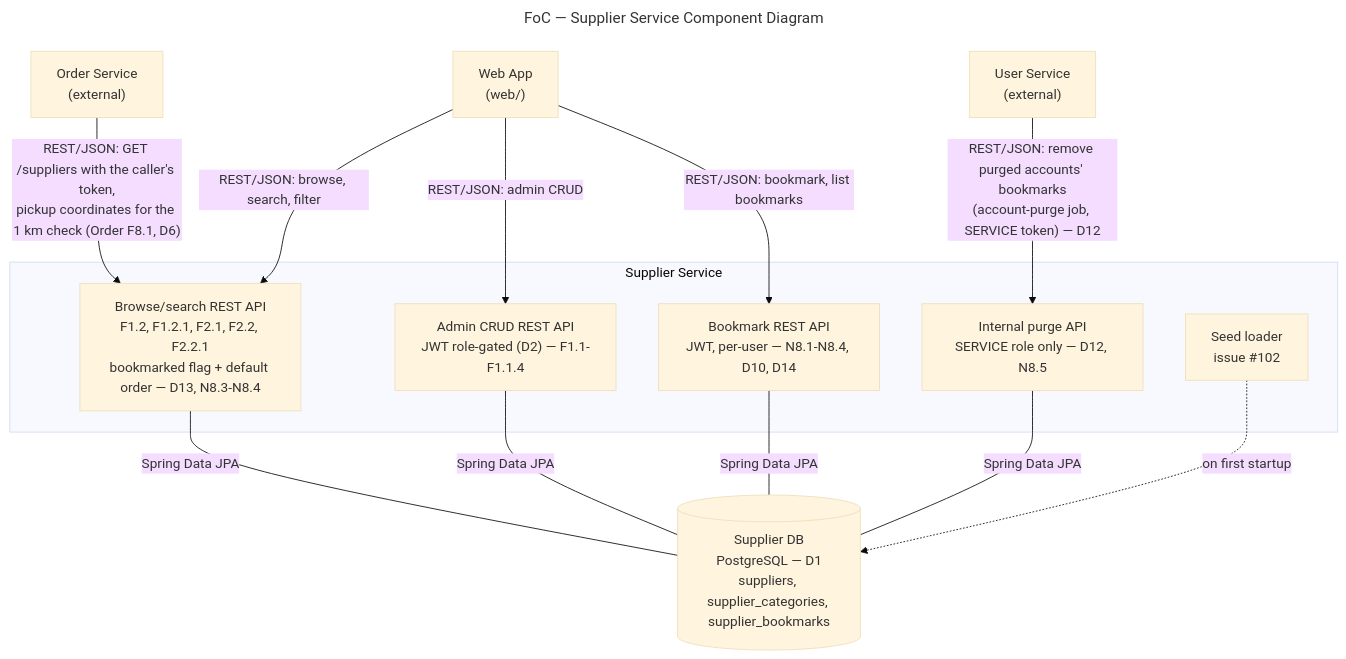
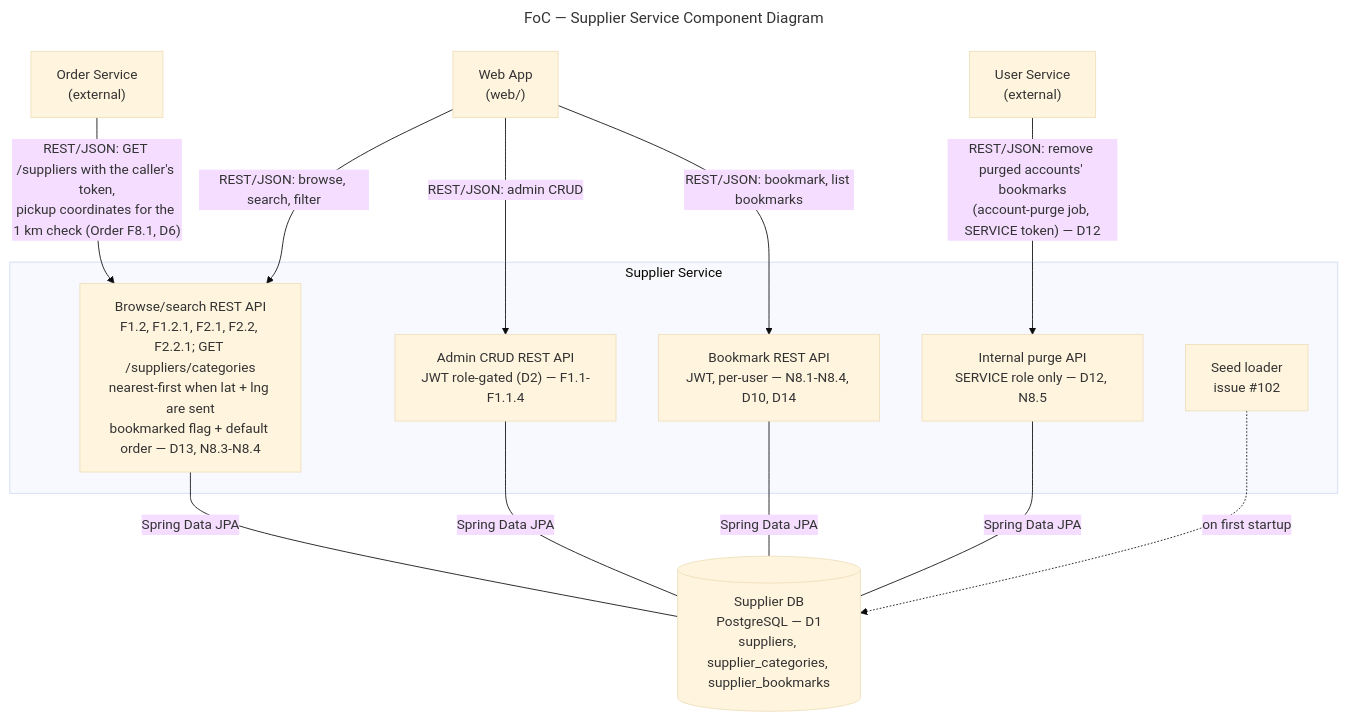
The diagram in docs/supplier-service.mmd (AY2627S1-CS3219-P23/foc), drawn with Mermaid (base theme) before and after one commit. The commit also changed 2 other files, not shown here.

Commit message:
docs(supplier): show GET /suppliers/categories and lat/lng nearest-first on the browse API (#326)

```diff
--- a/docs/supplier-service.mmd
+++ b/docs/supplier-service.mmd
@@ -1,49 +1,51 @@
 ---
 title: "FoC — Supplier Service Component Diagram"
 ---
 %% AI-assisted (CS3219 AI Usage Policy disclosure):
 %% Tool: Claude, 2026-09-21; revised 2026-09-27 (Claude Code, Sonnet 5).
 %% Scope: Companion diagram to supplier-service.md, drafted from the
 %% team's finalized D1 backlog. Same status as the doc: proposals
 %% pending owner/team review (see supplier-service.md, D1-D8).
 %% 2026-09-27: dropped "zones" from the Supplier DB label — team
 %% decision to drop the zone feature (see supplier-service.md, D4).
 %% 2026-10-19 (Claude Code, Sonnet 5.5): bookmark API and table added
 %% for N8 (see supplier-service.md, D9-D12). Transcription only.
 %% 2026-10-19: browse/search API label gains the bookmarked flag and
 %% default order (D13). Transcription only.
 %% 2026-10-26 (Claude Code, Sonnet 5.5): internal purge API and the User
 %% Service's call to it added (D12); table name in the DB label.
 %% Transcription only.
 %% 2026-11-10 (Claude Code, Sonnet 5.5), issue #326: the internal
 %% validation/lookup API box removed - no such endpoint exists; order-
 %% service reads pickup coordinates from the existing GET /suppliers
 %% (PR #322, Order F8.1), so the Order Service arrow now points at the
 %% browse/search API. Transcription only.
+%% 2026-11-10, issue #326: browse/search node gains GET /suppliers/categories
+%% and the optional lat/lng nearest-first sort (as built). Transcription only.
 %% Reviewed by: XXX
 flowchart TB
     WEB["Web App<br/>(web/)"]
     ORDER_SVC["Order Service<br/>(external)"]
     USER_SVC["User Service<br/>(external)"]
 
     subgraph SUP["Supplier Service"]
-        API["Browse/search REST API<br/>F1.2, F1.2.1, F2.1, F2.2, F2.2.1<br/>bookmarked flag + default order — D13, N8.3-N8.4"]
+        API["Browse/search REST API<br/>F1.2, F1.2.1, F2.1, F2.2, F2.2.1; GET /suppliers/categories<br/>nearest-first when lat + lng are sent<br/>bookmarked flag + default order — D13, N8.3-N8.4"]
         ADMIN_API["Admin CRUD REST API<br/>JWT role-gated (D2) — F1.1-F1.1.4"]
         BOOKMARK_API["Bookmark REST API<br/>JWT, per-user — N8.1-N8.4, D10, D14"]
         PURGE_API["Internal purge API<br/>SERVICE role only — D12, N8.5"]
         SEED["Seed loader<br/>issue #102"]
     end
 
     SUP_DB[("Supplier DB<br/>PostgreSQL — D1<br/>suppliers, supplier_categories, supplier_bookmarks")]
 
     WEB -->|"REST/JSON: browse, search, filter"| API
     WEB -->|"REST/JSON: admin CRUD"| ADMIN_API
     WEB -->|"REST/JSON: bookmark, list bookmarks"| BOOKMARK_API
     USER_SVC -->|"REST/JSON: remove purged accounts' bookmarks<br/>(account-purge job, SERVICE token) — D12"| PURGE_API
     ORDER_SVC -->|"REST/JSON: GET /suppliers with the caller's token,<br/>pickup coordinates for the 1 km check (Order F8.1, D6)"| API
 
     API ---|"Spring Data JPA"| SUP_DB
     ADMIN_API ---|"Spring Data JPA"| SUP_DB
     BOOKMARK_API ---|"Spring Data JPA"| SUP_DB
     PURGE_API ---|"Spring Data JPA"| SUP_DB
     SEED -.->|"on first startup"| SUP_DB
```
